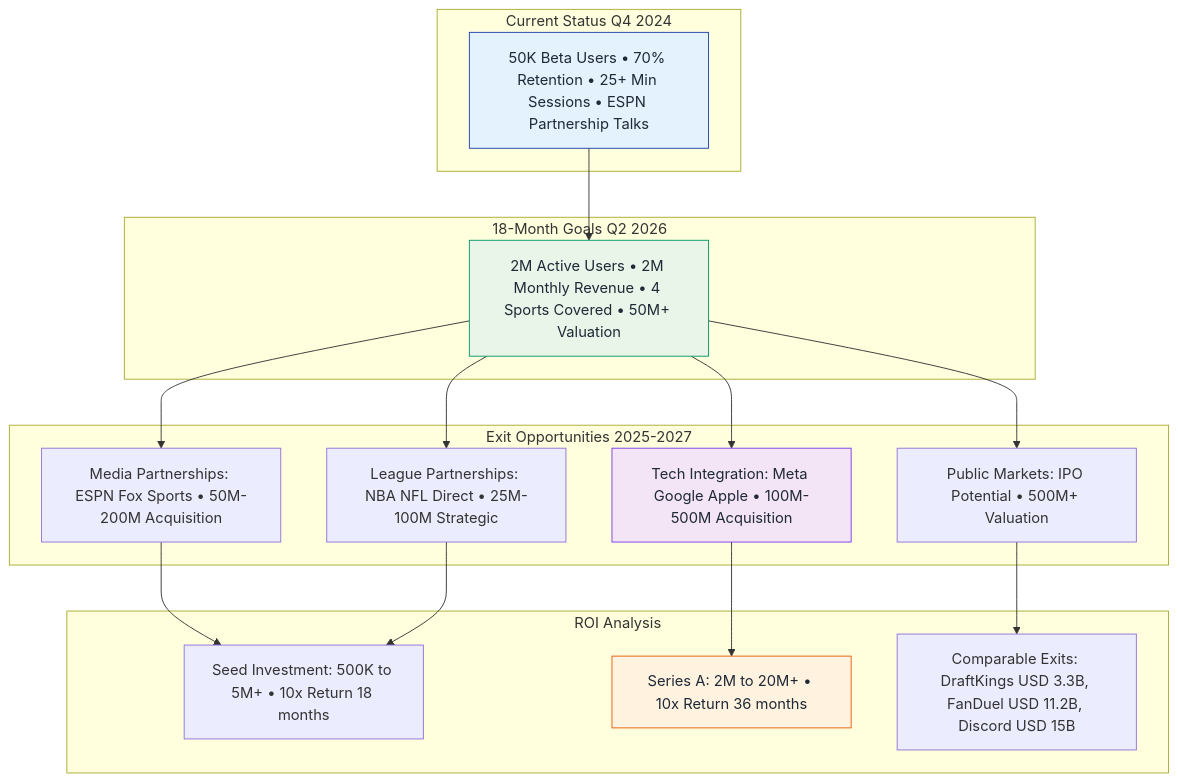
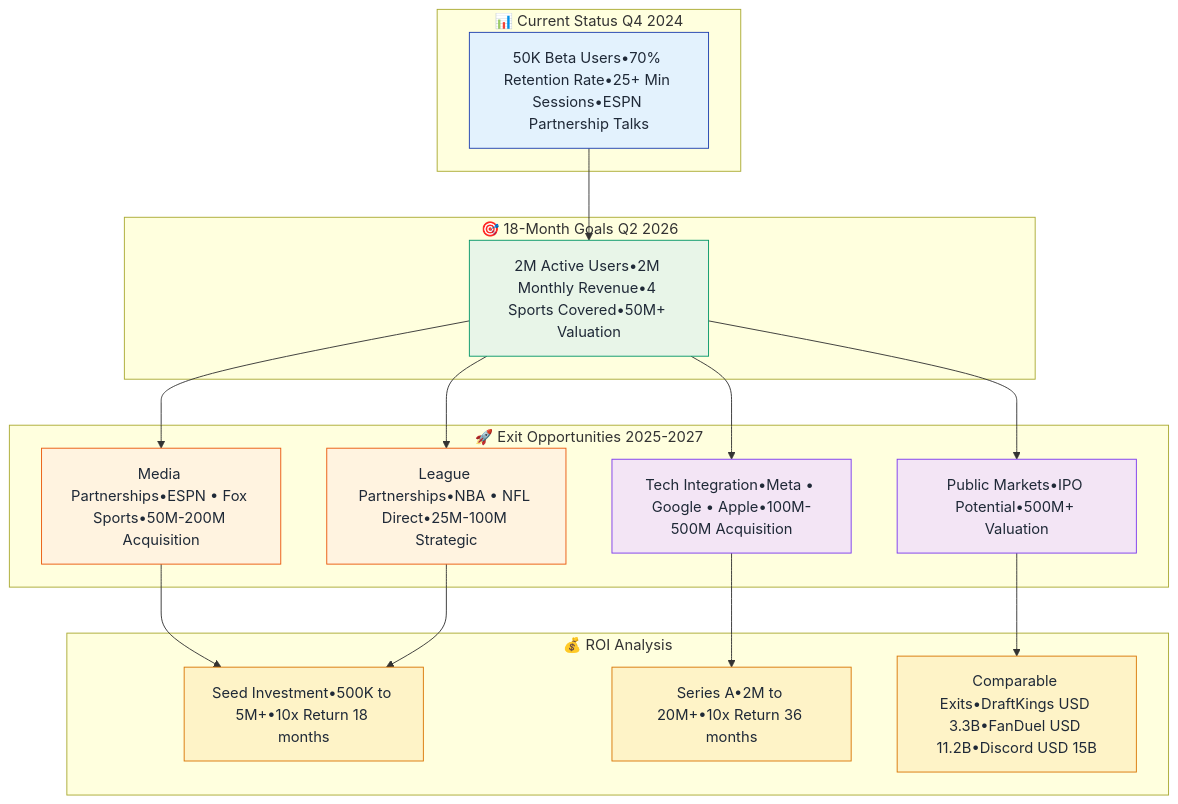
One commit to SkaFld-Ignite/ref-u-wireframes changed the eighth of 9 diagrams in docs/investor-flows.md. Above: the diagram before and after it, drawn with Mermaid. The commit also changed 1 other file, not shown here.

Commit message:
Final fix: Remove remaining HTML br tags from Mermaid diagrams

````diff
--- a/docs/investor-flows.md
+++ b/docs/investor-flows.md
@@ -337,39 +337,47 @@
 ```mermaid
 graph TB
-    subgraph "Current Status Q4 2024"
-        A1[50K Beta Users • 70% Retention • 25+ Min Sessions • ESPN Partnership Talks]
+    subgraph one ["📊 Current Status Q4 2024"]
+        A1["50K Beta Users•70% Retention Rate•25+ Min Sessions•ESPN Partnership Talks"]
     end
     
-    subgraph "18-Month Goals Q2 2026"
-        B1[2M Active Users • 2M Monthly Revenue • 4 Sports Covered • 50M+ Valuation]
+    subgraph two ["🎯 18-Month Goals Q2 2026"]
+        B1["2M Active Users•2M Monthly Revenue•4 Sports Covered•50M+ Valuation"]
     end
     
-    subgraph "Exit Opportunities 2025-2027"
-        C1[Media Partnerships: ESPN Fox Sports • 50M-200M Acquisition]
-        C2[Tech Integration: Meta Google Apple • 100M-500M Acquisition]
-        C3[League Partnerships: NBA NFL Direct • 25M-100M Strategic]
-        C4[Public Markets: IPO Potential • 500M+ Valuation]
+    subgraph three ["🚀 Exit Opportunities 2025-2027"]
+        C1["Media Partnerships•ESPN • Fox Sports•50M-200M Acquisition"]
+        C2["Tech Integration•Meta • Google • Apple•100M-500M Acquisition"]
+        
+        C3["League Partnerships•NBA • NFL Direct•25M-100M Strategic"]
+        C4["Public Markets•IPO Potential•500M+ Valuation"]
     end
     
-    subgraph "ROI Analysis"
-        D1[Seed Investment: 500K to 5M+ • 10x Return 18 months]
-        D2[Series A: 2M to 20M+ • 10x Return 36 months]
-        D3[Comparable Exits: DraftKings USD 3.3B, FanDuel USD 11.2B, Discord USD 15B]
+    subgraph four ["💰 ROI Analysis"]
+        D1["Seed Investment•500K to 5M+•10x Return 18 months"]
+        
+        D2["Series A•2M to 20M+•10x Return 36 months"]
+        
+        D3["Comparable Exits•DraftKings USD 3.3B•FanDuel USD 11.2B•Discord USD 15B"]
     end
     
     A1 --> B1
     B1 --> C1
     B1 --> C2
     B1 --> C3
     B1 --> C4
     
     C1 --> D1
     C2 --> D2
     C3 --> D1
     C4 --> D3
     
     style A1 fill:#e3f2fd,stroke:#1e40af,color:#1f2937
     style B1 fill:#e8f5e8,stroke:#059669,color:#1f2937
+    style C1 fill:#fff3e0,stroke:#ea580c,color:#1f2937
     style C2 fill:#f3e5f5,stroke:#7c3aed,color:#1f2937
-    style D2 fill:#fff3e0,stroke:#ea580c,color:#1f2937
+    style C3 fill:#fff3e0,stroke:#ea580c,color:#1f2937
+    style C4 fill:#f3e5f5,stroke:#7c3aed,color:#1f2937
+    style D1 fill:#fef3c7,stroke:#d97706,color:#1f2937
+    style D2 fill:#fef3c7,stroke:#d97706,color:#1f2937
+    style D3 fill:#fef3c7,stroke:#d97706,color:#1f2937
 ```
````
